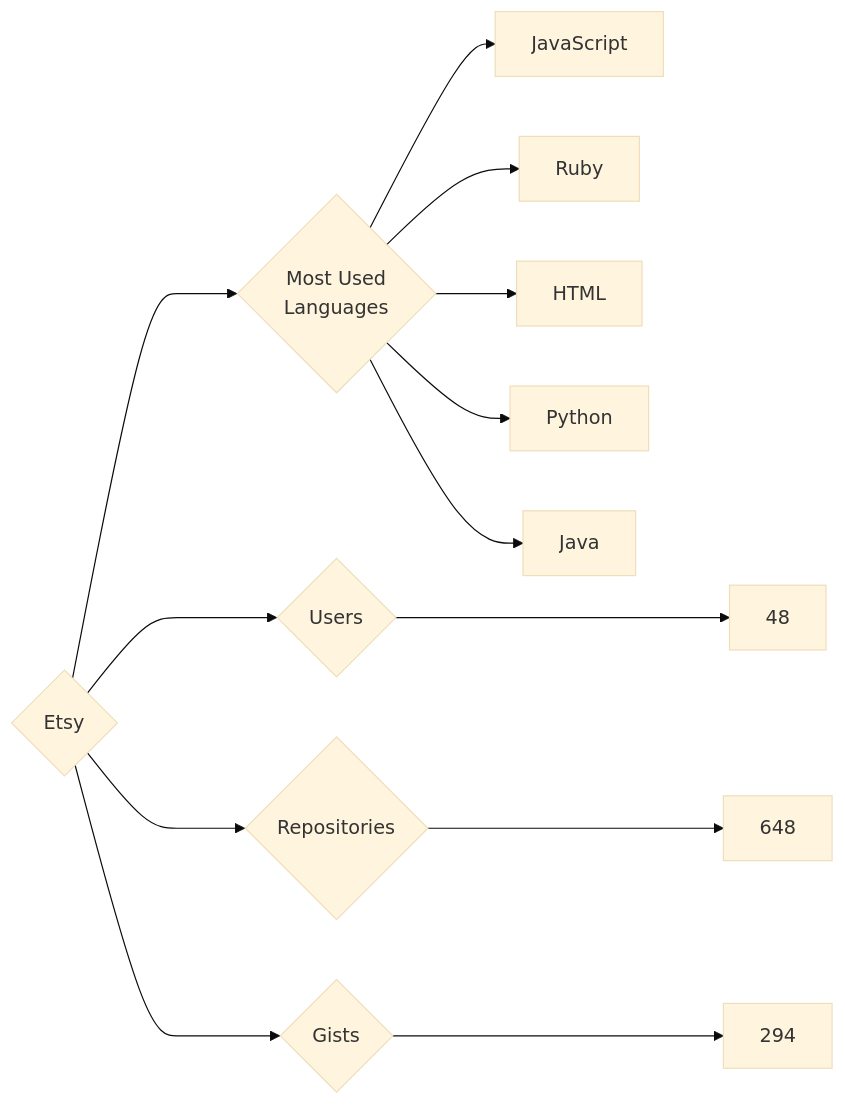
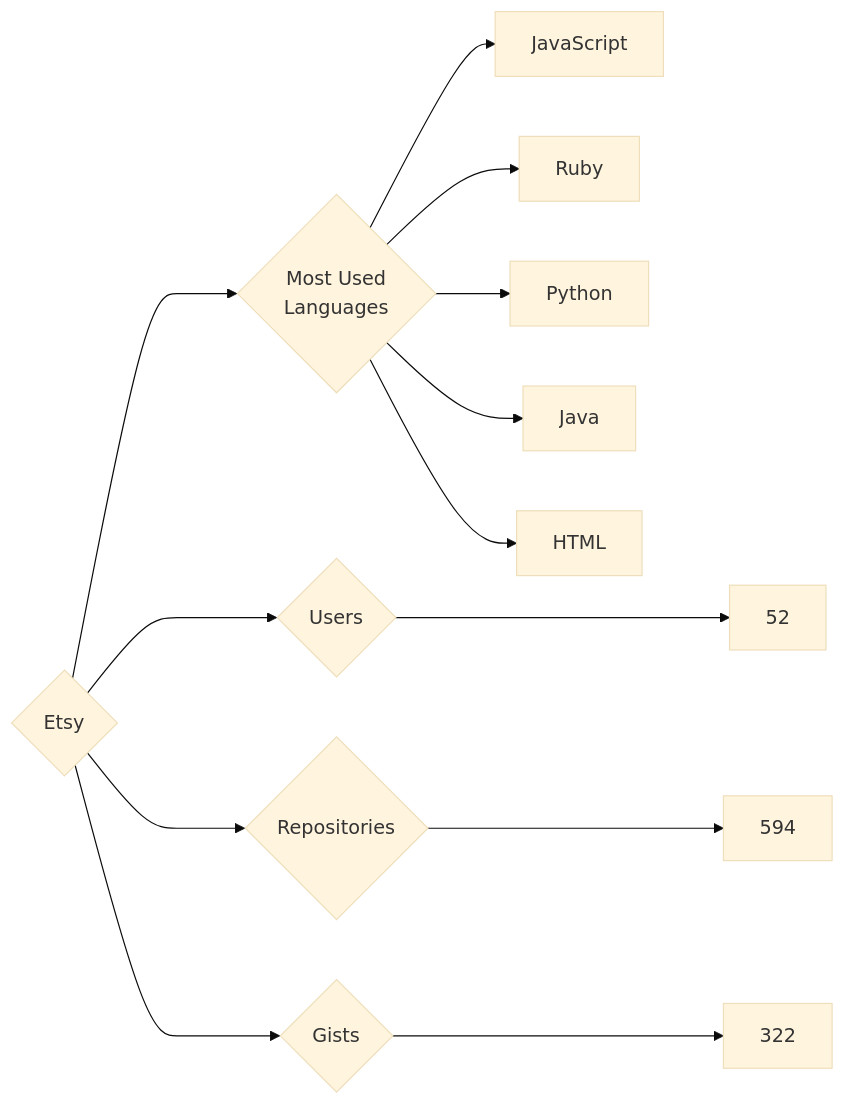
One commit to trickest/insiders changed the diagram in targets/Etsy/README.md. Above: the diagram before and after it, drawn with Mermaid (base theme). The commit also changed 847 other files, not shown here.

````diff
--- a/targets/Etsy/README.md
+++ b/targets/Etsy/README.md
@@ -3,13 +3,13 @@
 ```mermaid
 graph LR
 COMPANY_NAME{Etsy}
-COMPANY_NAME ---> U{Users} ---> UN[48]
-COMPANY_NAME ---> R{Repositories} ---> RN[648]
-COMPANY_NAME ---> G{Gists} ---> GN[294]
+COMPANY_NAME ---> U{Users} ---> UN[52]
+COMPANY_NAME ---> R{Repositories} ---> RN[594]
+COMPANY_NAME ---> G{Gists} ---> GN[322]
 COMPANY_NAME ---> ML{Most Used<br>Languages}
 ML --> JavaScript[JavaScript]
 ML --> Ruby[Ruby]
-ML --> HTML[HTML]
 ML --> Python[Python]
 ML --> Java[Java]
+ML --> HTML[HTML]
 ```
````
